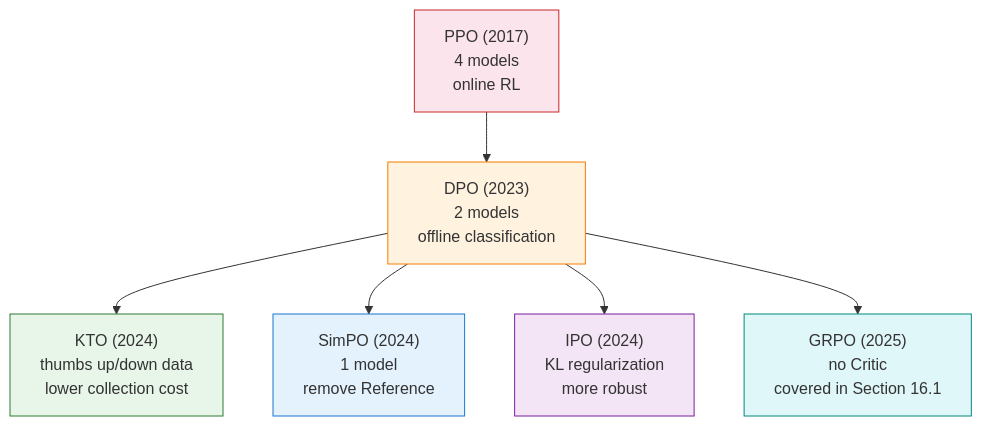
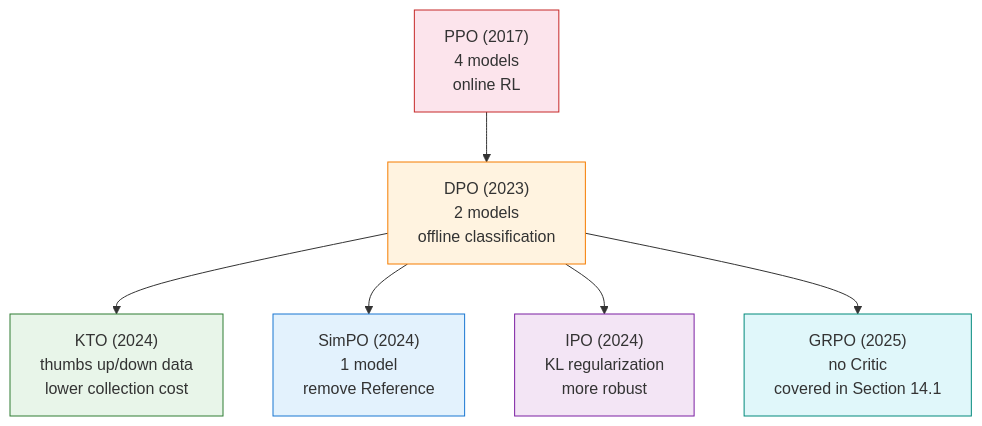
One commit to CrazyForks/hands-on-modern-rl changed the fourth of 4 diagrams in docs/en/chapter17_dpo/dpo-theory-and-family.md. Above: the diagram before and after it, drawn with Mermaid. The commit also changed other lines of this file and 130 other files, not shown here.

Commit message:
docs: reorganize course flow and industrial RL

````diff
--- a/docs/en/chapter17_dpo/dpo-theory-and-family.md
+++ b/docs/en/chapter17_dpo/dpo-theory-and-family.md
@@ -751,16 +752,16 @@
 ```mermaid
 flowchart TD
     PPO["PPO (2017)\n4 models\nonline RL"] --> DPO["DPO (2023)\n2 models\noffline classification"]
     DPO --> KTO["KTO (2024)\nthumbs up/down data\nlower collection cost"]
     DPO --> SimPO["SimPO (2024)\n1 model\nremove Reference"]
     DPO --> IPO["IPO (2024)\nKL regularization\nmore robust"]
 
-    DPO --> GRPO["GRPO (2025)\nno Critic\ncovered in Section 16.1"]
+    DPO --> GRPO["GRPO (2025)\nno Critic\ncovered in Section 14.1"]
 
     style PPO fill:#fce4ec,stroke:#c62828
     style DPO fill:#fff3e0,stroke:#f57c00
     style KTO fill:#e8f5e9,stroke:#2e7d32
     style SimPO fill:#e3f2fd,stroke:#1976d2
     style IPO fill:#f3e5f5,stroke:#7b1fa2
     style GRPO fill:#e0f7fa,stroke:#00897b
 ```
````
